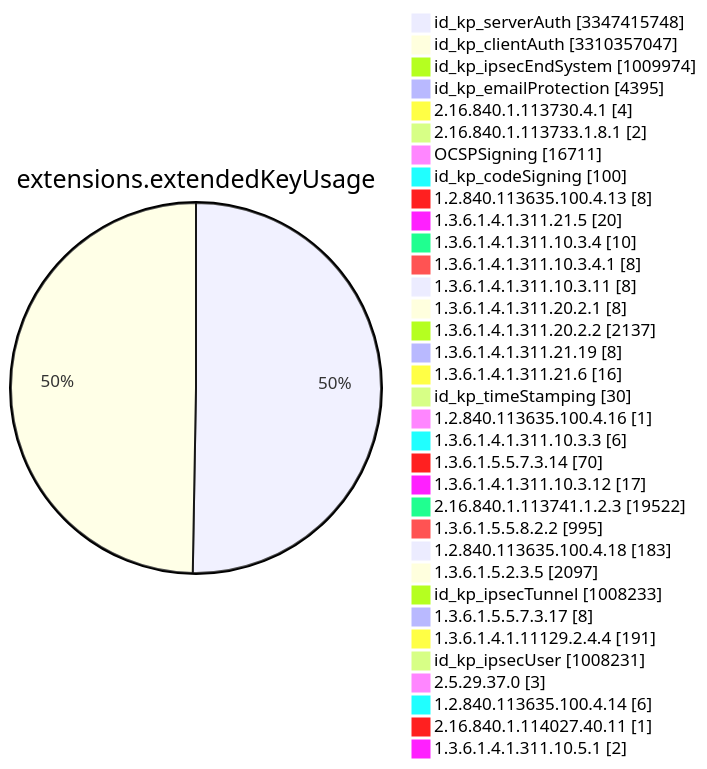
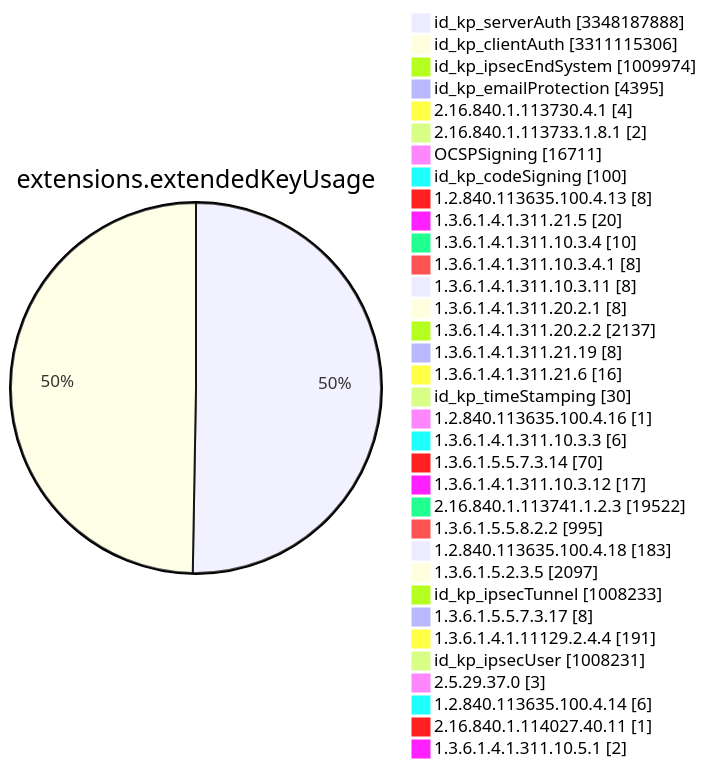
Before and after one commit to christiankrug/ctmonitor_visualization: diagram 11 of 15 in TOTAL/README.md, drawn with Mermaid. The commit also changed other lines of this file, not shown here.

````diff
--- a/TOTAL/README.md
+++ b/TOTAL/README.md
@@ -4120,38 +4120,38 @@
 ```mermaid
 pie showData
 title extensions.extendedKeyUsage
-"id_kp_serverAuth" :3347415748
-"id_kp_clientAuth" :3310357047
+"id_kp_serverAuth" :3348187888
+"id_kp_clientAuth" :3311115306
 "id_kp_ipsecEndSystem" :1009974
 "id_kp_emailProtection" :4395
 "2.16.840.1.113730.4.1" :4
 "2.16.840.1.113733.1.8.1" :2
 "OCSPSigning" :16711
 "id_kp_codeSigning" :100
 "1.2.840.113635.100.4.13" :8
 "1.3.6.1.4.1.311.21.5" :20
 "1.3.6.1.4.1.311.10.3.4" :10
 "1.3.6.1.4.1.311.10.3.4.1" :8
 "1.3.6.1.4.1.311.10.3.11" :8
 "1.3.6.1.4.1.311.20.2.1" :8
 "1.3.6.1.4.1.311.20.2.2" :2137
 "1.3.6.1.4.1.311.21.19" :8
 "1.3.6.1.4.1.311.21.6" :16
 "id_kp_timeStamping" :30
 "1.2.840.113635.100.4.16" :1
 "1.3.6.1.4.1.311.10.3.3" :6
 "1.3.6.1.5.5.7.3.14" :70
 "1.3.6.1.4.1.311.10.3.12" :17
 "2.16.840.1.113741.1.2.3" :19522
 "1.3.6.1.5.5.8.2.2" :995
 "1.2.840.113635.100.4.18" :183
 "1.3.6.1.5.2.3.5" :2097
 "id_kp_ipsecTunnel" :1008233
 "1.3.6.1.5.5.7.3.17" :8
 "1.3.6.1.4.1.11129.2.4.4" :191
 "id_kp_ipsecUser" :1008231
 "2.5.29.37.0" :3
 "1.2.840.113635.100.4.14" :6
 "2.16.840.1.114027.40.11" :1
 "1.3.6.1.4.1.311.10.5.1" :2
 ```
````
